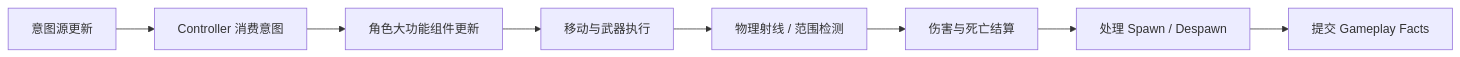
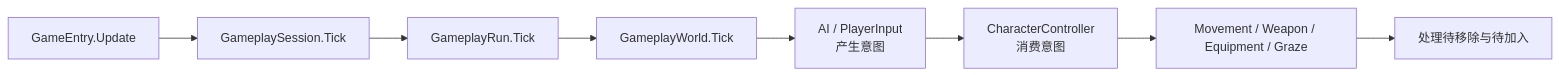
One commit to stttttttt/GrazeShotDemo changed the second of 6 diagrams in Assets/Scripts/ShotGame/Docs/02_GameplayWorld与Entity框架清单.md. Above: the diagram before and after it, drawn with Mermaid. The commit also changed other lines of this file and 77 other files, not shown here.

Commit message:
GameplayWorld 与 Entity 基础框架

````diff
--- a/Assets/Scripts/ShotGame/Docs/02_GameplayWorld与Entity框架清单.md
+++ b/Assets/Scripts/ShotGame/Docs/02_GameplayWorld与Entity框架清单.md
@@ -210,13 +62,14 @@
 ```mermaid
 flowchart LR
-    A[意图源更新]
-    B[Controller 消费意图]
-    C[角色大功能组件更新]
-    D[移动与武器执行]
-    E[物理射线 / 范围检测]
-    F[伤害与死亡结算]
-    G[处理 Spawn / Despawn]
-    H[提交 Gameplay Facts]
+    ENTRY[GameEntry.Update]
+    SESSION[GameplaySession.Tick]
+    RUN[GameplayRun.Tick]
+    WORLD[GameplayWorld.Tick]
+    SOURCE[AI / PlayerInput<br/>产生意图]
+    CONTROLLER[CharacterController<br/>消费意图]
+    ABILITY[Movement / Weapon / Equipment / Graze]
+    CHANGES[处理待移除与待加入]
 
-    A --> B --> C --> D --> E --> F --> G --> H
+    ENTRY --> SESSION --> RUN --> WORLD
+    WORLD --> SOURCE --> CONTROLLER --> ABILITY --> CHANGES
 ```
````
